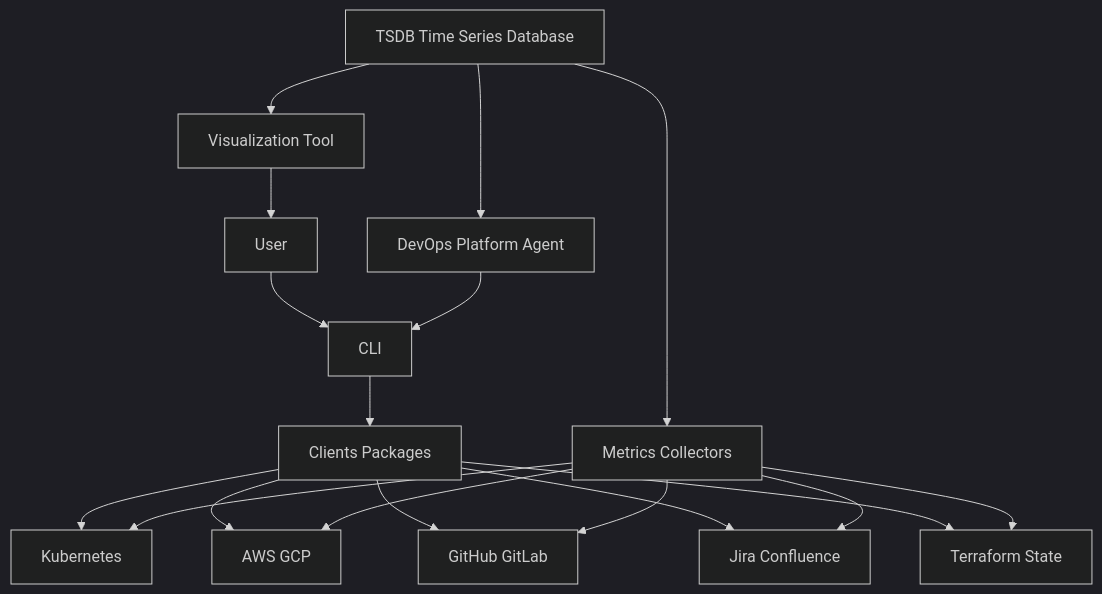
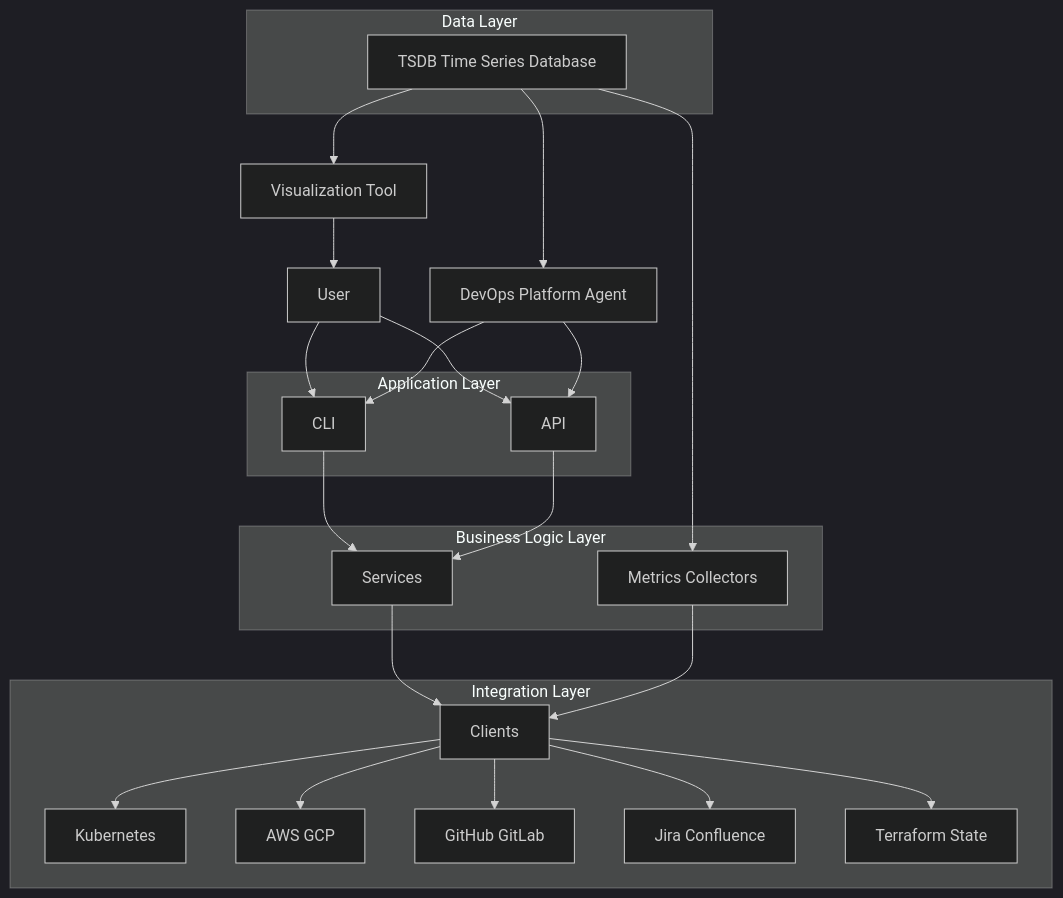
One commit to hazemataya94/hape-framework changed the first of 3 diagrams in docs/architecture.md. Above: the diagram before and after it, drawn with Mermaid (dark theme). The commit also changed other lines of this file and 39 other files, not shown here.

````diff
--- a/docs/architecture.md
+++ b/docs/architecture.md
@@ -17,20 +17,47 @@
 ```mermaid
 graph TD
-  U[User] --> CLI[CLI]
-  AG[DevOps Platform Agent] --> CLI
-  CLI --> CP[Clients Packages]
-  P[TSDB Time Series Database] --> EXP[Metrics Collectors]
-  P --> G[Visualization Tool]
-  CP --> K[Kubernetes]
-  CP --> CLOUD[AWS GCP]
-  CP --> VCS[GitHub GitLab]
-  CP --> WM[Jira Confluence]
-  CP --> TF[Terraform State]
-  EXP --> K
-  EXP --> CLOUD
-  EXP --> VCS
-  EXP --> WM
-  EXP --> TF
+  U[User]
+  G[Visualization Tool]
+  AG[DevOps Platform Agent]
+
+  subgraph APP["Application Layer"]
+    CLI[CLI]
+    API[API]
+  end
+
+  subgraph BL["Business Logic Layer"]
+    SVC[Services]
+    EXP[Metrics Collectors]
+  end
+
+  subgraph INT["Integration Layer"]
+    CP[Clients]
+    K[Kubernetes]
+    CLOUD[AWS GCP]
+    VCS[GitHub GitLab]
+    WM[Jira Confluence]
+    TF[Terraform State]
+  end
+
+  subgraph DATA["Data Layer"]
+    P[TSDB Time Series Database]
+  end
+
+  U --> CLI
+  U --> API
   G --> U
+  AG --> CLI
+  AG --> API
+  CLI --> SVC
+  API --> SVC
+  SVC --> CP
+  EXP --> CP
+  P --> EXP
+  P --> G
   P --> AG
+  CP --> K
+  CP --> CLOUD
+  CP --> VCS
+  CP --> WM
+  CP --> TF
 ```
````
